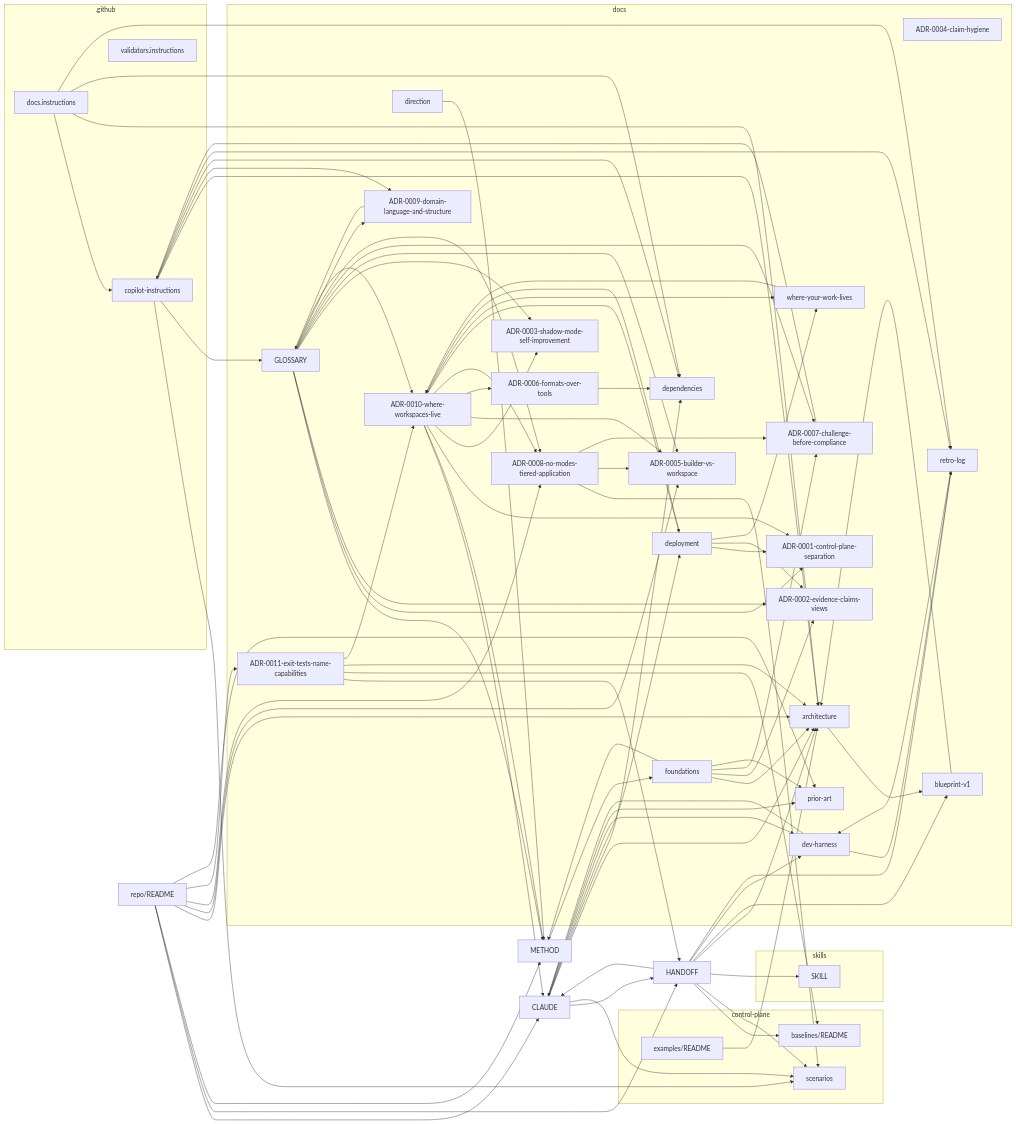
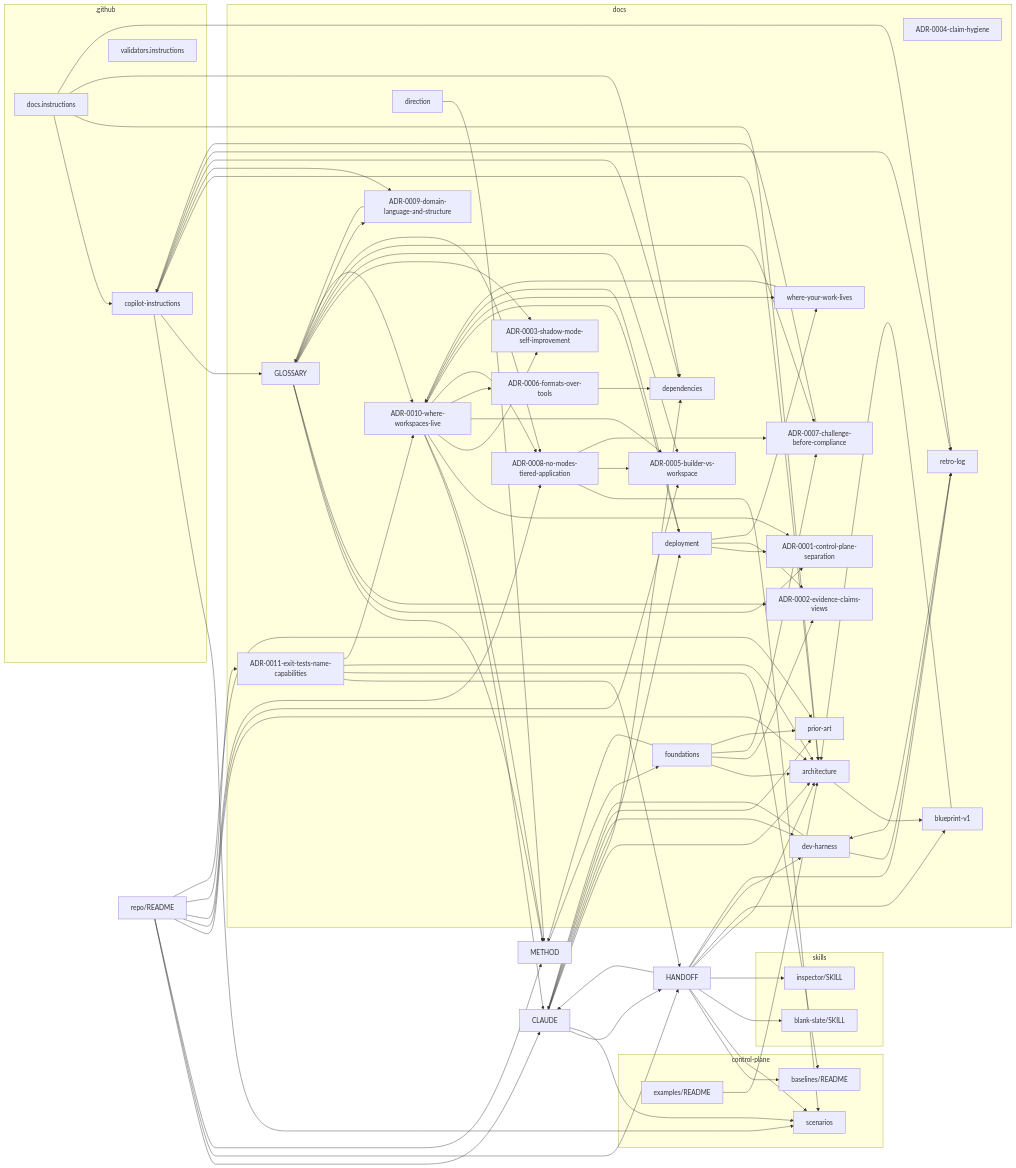
One commit to boulaajaj/ai-mise changed the diagram in docs/mindmap.md. Above: the diagram before and after it, drawn with Mermaid. The commit also changed other lines of this file and 6 other files, not shown here.

First line of the commit message:
Blank-slate first contact: the empty-room flow

```diff
--- a/docs/mindmap.md
+++ b/docs/mindmap.md
@@ -45,7 +45,8 @@
   METHOD_md["METHOD"]
   README_md["repo/README"]
   subgraph skills_g[skills]
-    skills_inspector_SKILL_md["SKILL"]
+    skills_blank_slate_SKILL_md["blank-slate/SKILL"]
+    skills_inspector_SKILL_md["inspector/SKILL"]
   end
   _github_copilot_instructions_md --> control_plane_threat_tests_scenarios_md
   _github_copilot_instructions_md --> docs_GLOSSARY_md
@@ -71,6 +72,7 @@
   HANDOFF_md --> docs_history_blueprint_v1_md
   HANDOFF_md --> docs_meta_dev_harness_md
   HANDOFF_md --> docs_meta_retro_log_md
+  HANDOFF_md --> skills_blank_slate_SKILL_md
   HANDOFF_md --> skills_inspector_SKILL_md
   METHOD_md --> docs_foundations_md
   README_md --> CLAUDE_md
```
